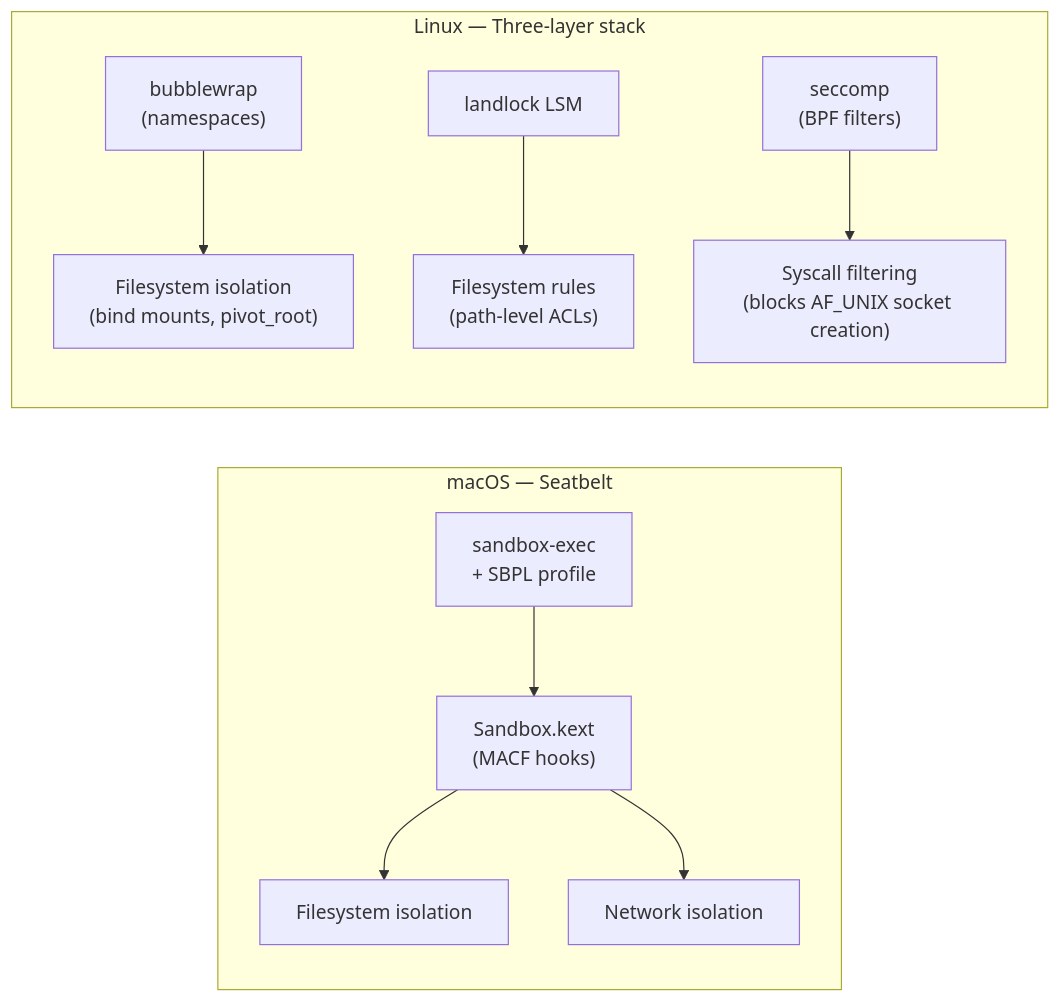
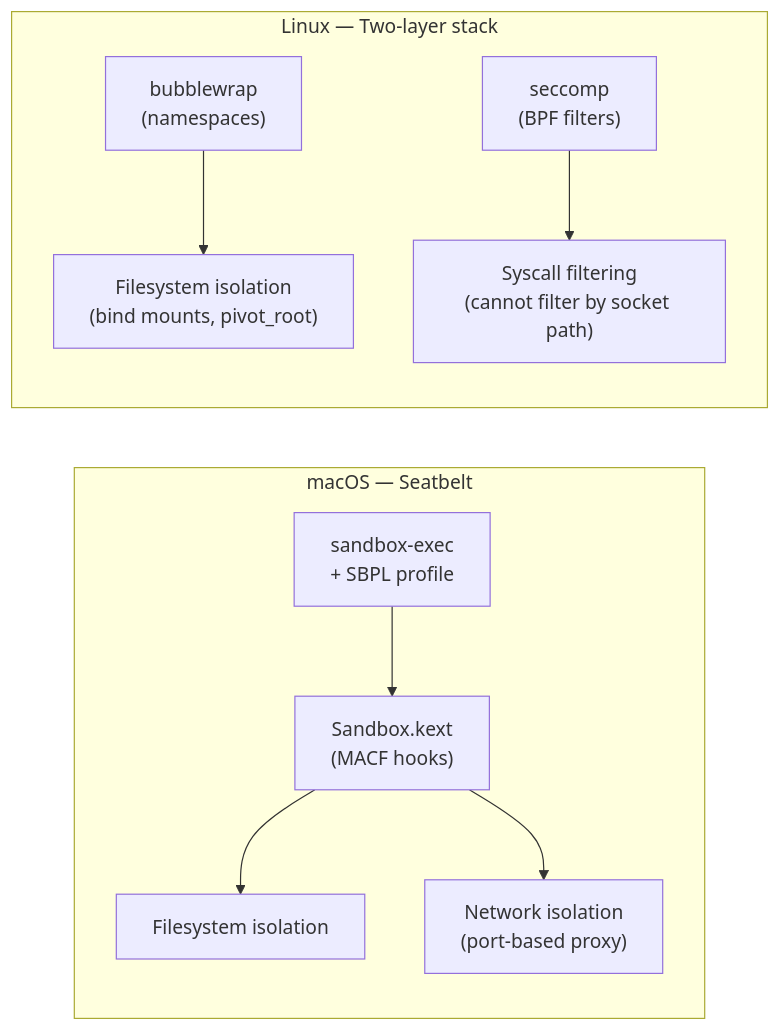
The eighth of 8 diagrams in macos-seatbelt.md (kainkalju/analysis), drawn with Mermaid before and after one commit. The commit also changed other lines of this file, not shown here.

````diff
--- a/macos-seatbelt.md
+++ b/macos-seatbelt.md
@@ -369,15 +382,14 @@
 ```mermaid
 graph LR
     subgraph macOS ["macOS — Seatbelt"]
         SB["sandbox-exec\n+ SBPL profile"]
         SB --> SK["Sandbox.kext\n(MACF hooks)"]
         SK --> FS1["Filesystem isolation"]
-        SK --> NET1["Network isolation"]
+        SK --> NET1["Network isolation\n(port-based proxy)"]
     end
 
-    subgraph Linux ["Linux — Three-layer stack"]
+    subgraph Linux ["Linux — Two-layer stack"]
         BW["bubblewrap\n(namespaces)"] --> FS2["Filesystem isolation\n(bind mounts, pivot_root)"]
-        LL["landlock LSM"] --> FS3["Filesystem rules\n(path-level ACLs)"]
-        SC["seccomp\n(BPF filters)"] --> SYS["Syscall filtering\n(blocks AF_UNIX socket creation)"]
+        SC["seccomp\n(BPF filters)"] --> SYS["Syscall filtering\n(cannot filter by socket path)"]
     end
 ```
````
